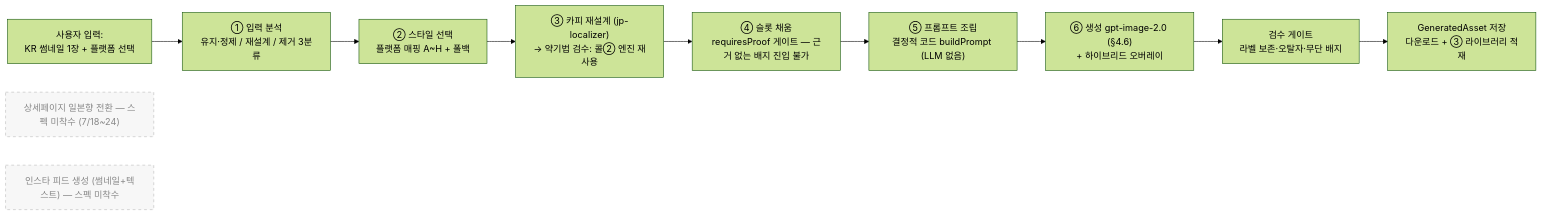
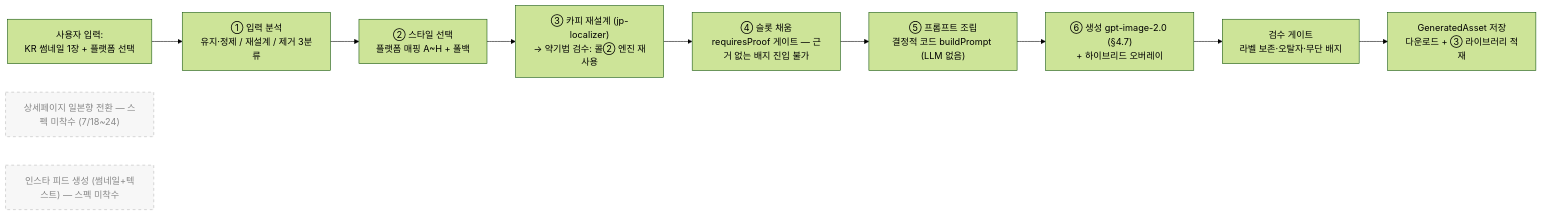
One commit to duwjd/Branch-out-to-Japan changed the sixth of 7 diagrams in docs/08-data-flow.md. Above: the diagram before and after it, drawn with Mermaid (forest theme). The commit also changed other lines of this file and 47 other files, not shown here.

````diff
--- a/docs/08-data-flow.md
+++ b/docs/08-data-flow.md
@@ -462,16 +478,16 @@
 ```mermaid
 flowchart LR
     U["사용자 입력:<br/>KR 썸네일 1장 + 플랫폼 선택"] --> T1
     T1["① 입력 분석<br/>유지·정제 / 재설계 / 제거 3분류"] --> T2
     T2["② 스타일 선택<br/>플랫폼 매핑 A~H + 폴백"] --> T3
     T3["③ 카피 재설계 (jp-localizer)<br/>→ 약기법 검수: 콜② 엔진 재사용"] --> T4
     T4["④ 슬롯 채움<br/>requiresProof 게이트 — 근거 없는 배지 진입 불가"] --> T5
     T5["⑤ 프롬프트 조립<br/>결정적 코드 buildPrompt (LLM 없음)"] --> T6
-    T6["⑥ 생성 gpt-image-2.0 (§4.6)<br/>+ 하이브리드 오버레이"] --> T7
+    T6["⑥ 생성 gpt-image-2.0 (§4.7)<br/>+ 하이브리드 오버레이"] --> T7
     T7["검수 게이트<br/>라벨 보존·오탈자·무단 배지"] --> OUT2["GeneratedAsset 저장<br/>다운로드 + ③ 라이브러리 적재"]
 
     TBD1["상세페이지 일본향 전환 — 스펙 미착수 (7/18~24)"]:::tbd
     TBD2["인스타 피드 생성 (썸네일+텍스트) — 스펙 미착수"]:::tbd
 
     classDef tbd fill:#f7f7f7,stroke:#bbb,color:#888,stroke-dasharray: 5 5;
 ```
````
